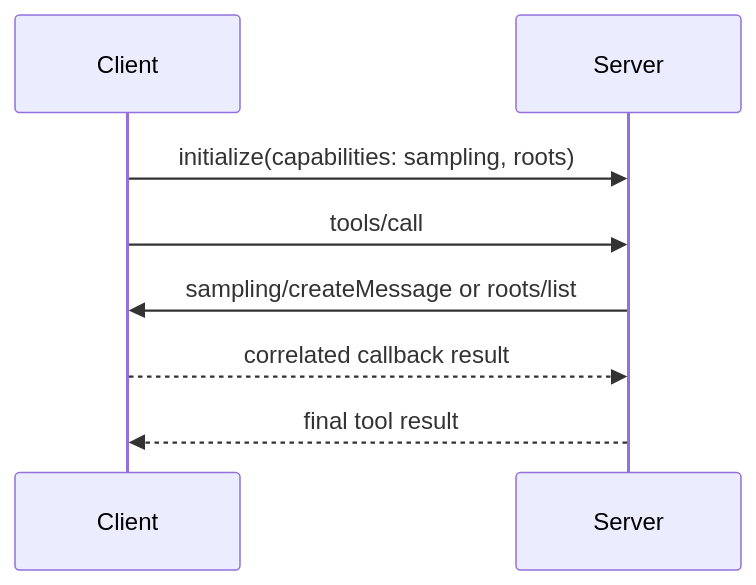
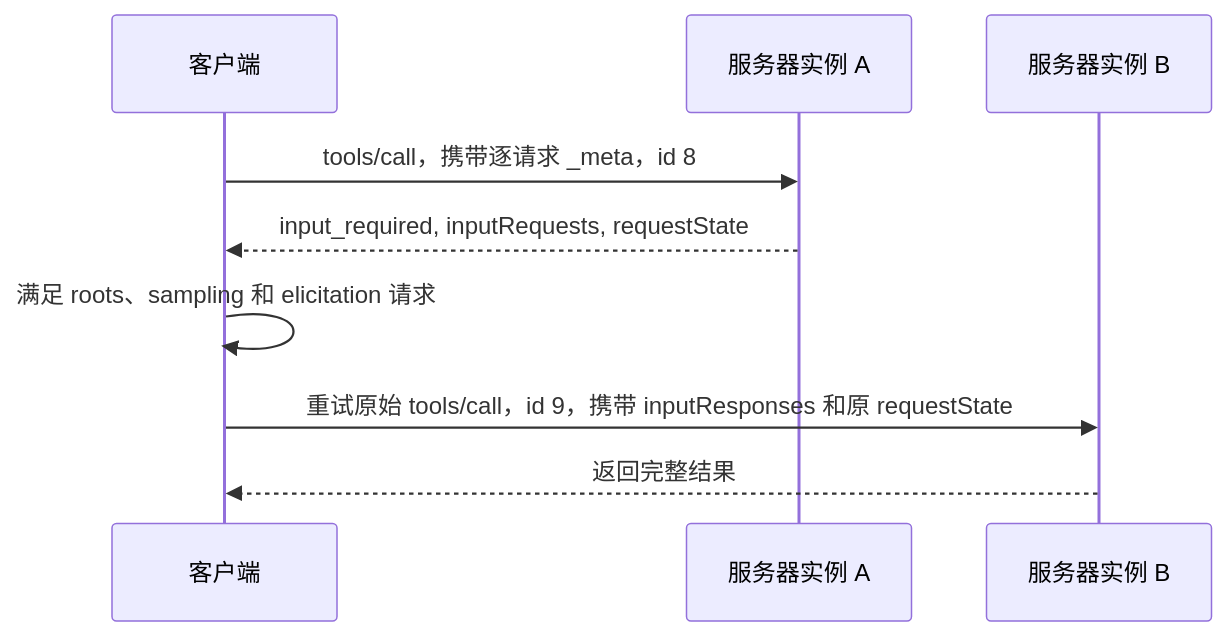
Before and after one commit to SaikaYumu/ai-engineering-from-scratch-zh: the second of 3 diagrams in certifications/claude/lessons/11-mcp-server-design-and-integration/docs/zh.md, drawn with Mermaid. The commit also changed other lines of this file and 305 other files, not shown here.

````diff
--- a/certifications/claude/lessons/11-mcp-server-design-and-integration/docs/zh.md
+++ b/certifications/claude/lessons/11-mcp-server-design-and-integration/docs/zh.md
@@ -157,10 +203,11 @@
 ```mermaid
 sequenceDiagram
-    participant C as Client
-    participant S as Server
-    C->>S: initialize(capabilities: sampling, roots)
-    C->>S: tools/call
-    S->>C: sampling/createMessage or roots/list
-    C-->>S: correlated callback result
-    S-->>C: final tool result
+    participant C as 客户端
+    participant A as 服务器实例 A
+    participant B as 服务器实例 B
+    C->>A: tools/call，携带逐请求 _meta，id 8
+    A-->>C: input_required, inputRequests, requestState
+    C->>C: 满足 roots、sampling 和 elicitation 请求
+    C->>B: 重试原始 tools/call，id 9，携带 inputResponses 和原 requestState
+    B-->>C: 返回完整结果
 ```
````
